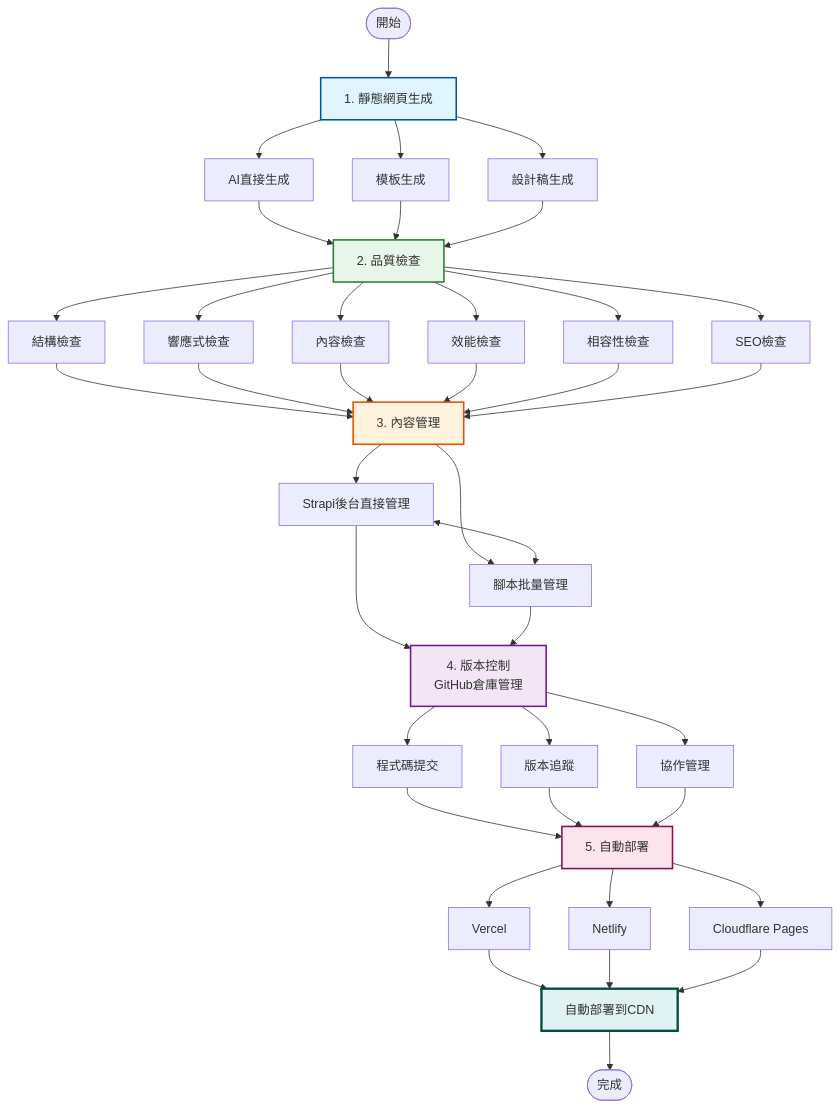
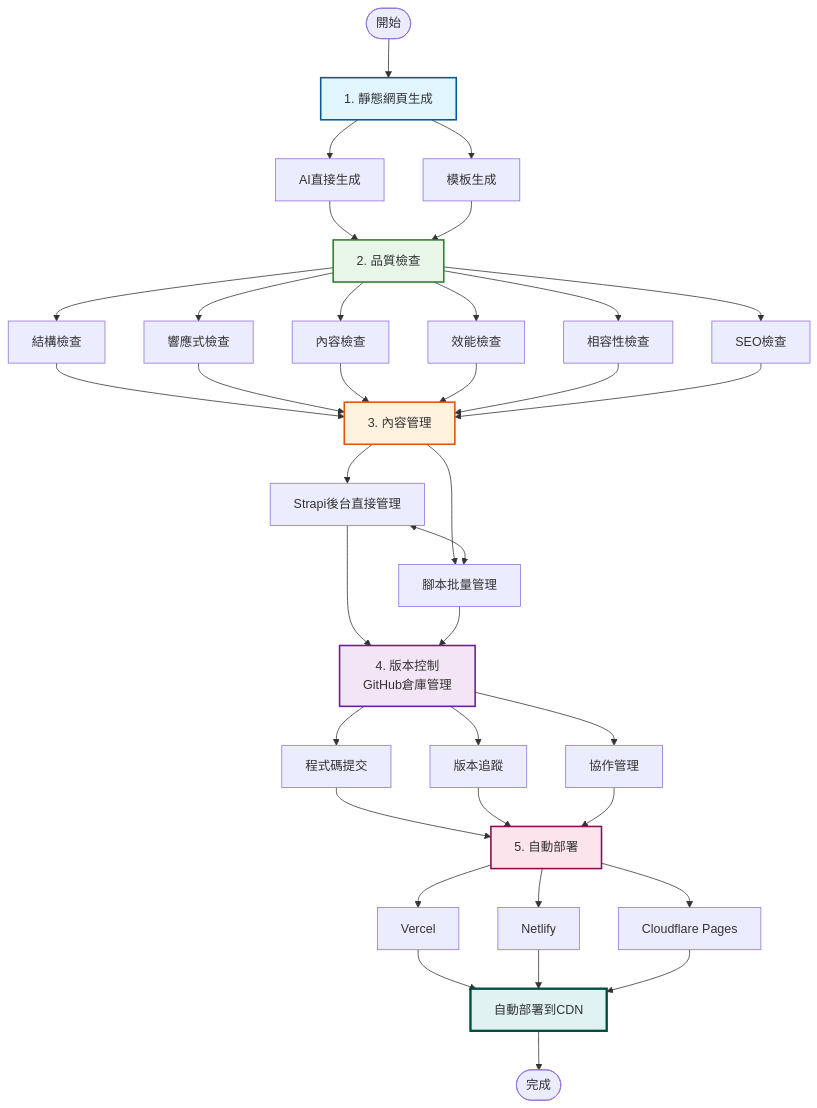
The first of 9 diagrams in 规格书/工作流程圖.md (liouyuting112/multi-site-static-strapi-front), drawn with Mermaid before and after one commit. The commit also changed 151 other files, not shown here.

````diff
--- a/规格书/工作流程圖.md
+++ b/规格书/工作流程圖.md
@@ -5,59 +5,59 @@
 ```mermaid
 flowchart TD
     Start([開始]) --> Stage1[1. 靜態網頁生成]
     
     Stage1 --> Method1[AI直接生成]
     Stage1 --> Method2[模板生成]
-    Stage1 --> Method3[設計稿生成]
+
     
     Method1 --> Stage2
     Method2 --> Stage2
-    Method3 --> Stage2
+  
     
     Stage2[2. 品質檢查] --> Check1[結構檢查]
     Stage2 --> Check2[響應式檢查]
     Stage2 --> Check3[內容檢查]
     Stage2 --> Check4[效能檢查]
     Stage2 --> Check5[相容性檢查]
     Stage2 --> Check6[SEO檢查]
     
     Check1 --> Stage3
     Check2 --> Stage3
     Check3 --> Stage3
     Check4 --> Stage3
     Check5 --> Stage3
     Check6 --> Stage3
     
     Stage3[3. 內容管理] --> CM1[Strapi後台直接管理]
     Stage3 --> CM2[腳本批量管理]
     
     CM1 <--> CM2
     
     CM1 --> Stage4
     CM2 --> Stage4
     
     Stage4[4. 版本控制<br/>GitHub倉庫管理] --> VC1[程式碼提交]
     Stage4 --> VC2[版本追蹤]
     Stage4 --> VC3[協作管理]
     
     VC1 --> Stage5
     VC2 --> Stage5
     VC3 --> Stage5
     
     Stage5[5. 自動部署] --> Deploy1[Vercel]
     Stage5 --> Deploy2[Netlify]
     Stage5 --> Deploy3[Cloudflare Pages]
     
     Deploy1 --> End[自動部署到CDN]
     Deploy2 --> End
     Deploy3 --> End
     
     End --> Finish([完成])
     
     style Stage1 fill:#e1f5ff,stroke:#01579b,stroke-width:2px
     style Stage2 fill:#e8f5e9,stroke:#2e7d32,stroke-width:2px
     style Stage3 fill:#fff3e0,stroke:#e65100,stroke-width:2px
     style Stage4 fill:#f3e5f5,stroke:#6a1b9a,stroke-width:2px
     style Stage5 fill:#fce4ec,stroke:#880e4f,stroke-width:2px
     style End fill:#e0f2f1,stroke:#004d40,stroke-width:3px
 ```
````
